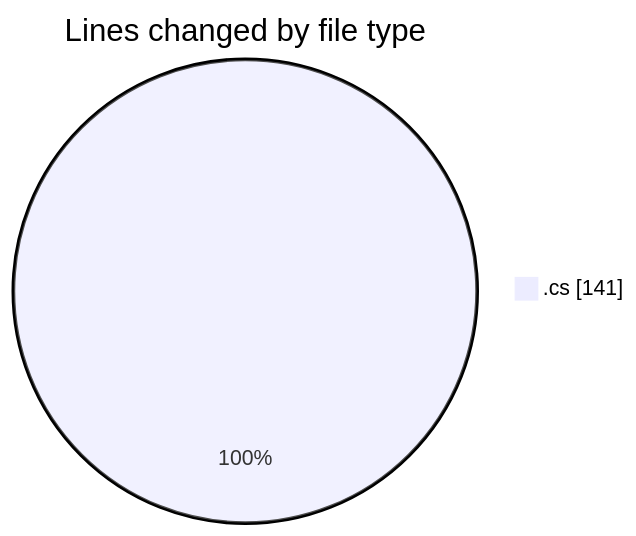
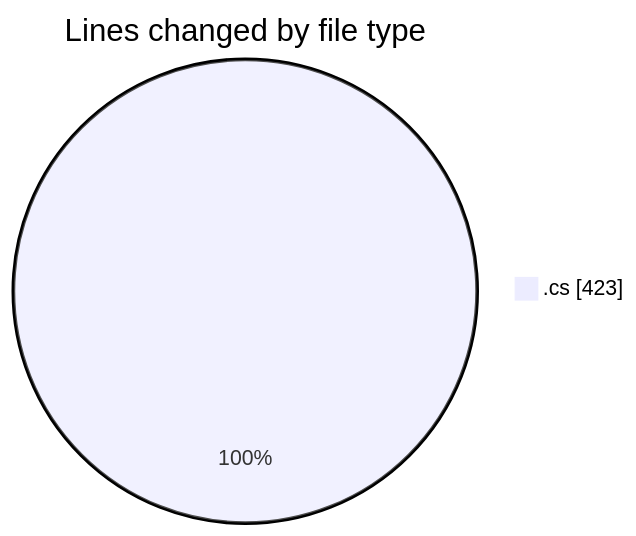
One commit to lephambinh05/code-tracking changed the first of 2 diagrams in 2025-07-15/nhahang/README.md. Above: the diagram before and after it, drawn with Mermaid. The commit also changed other lines of this file and 1 other file, not shown here.

````diff
--- a/2025-07-15/nhahang/README.md
+++ b/2025-07-15/nhahang/README.md
@@ -24,5 +34,5 @@
 ```mermaid
 pie showData
 title Lines changed by file type
-".cs" : 141
+".cs" : 423
 ```
````
